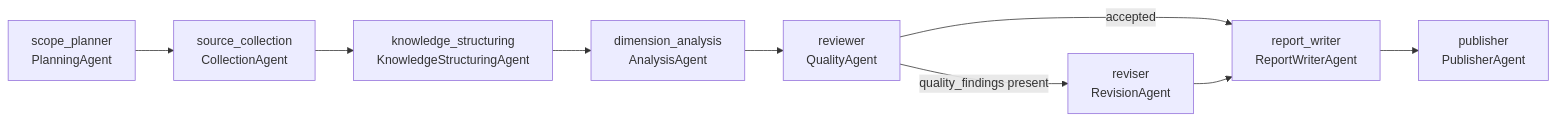
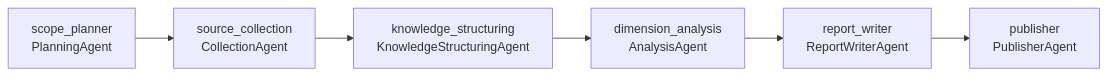
The second of 2 diagrams in README.md (ying123ww/rivalens), drawn with Mermaid before and after one commit. The commit also changed other lines of this file and 9 other files, not shown here.

````diff
--- a/README.md
+++ b/README.md
@@ -70,11 +63,8 @@
 ```mermaid
 flowchart LR
     A["scope_planner\nPlanningAgent"] --> B["source_collection\nCollectionAgent"]
     B --> C["knowledge_structuring\nKnowledgeStructuringAgent"]
     C --> D["dimension_analysis\nAnalysisAgent"]
-    D --> E["reviewer\nQualityAgent"]
-    E -->|quality_findings present| F["reviser\nRevisionAgent"]
-    E -->|accepted| G["report_writer\nReportWriterAgent"]
-    F --> G
-    G --> H["publisher\nPublisherAgent"]
+    D --> E["report_writer\nReportWriterAgent"]
+    E --> F["publisher\nPublisherAgent"]
 ```
````
